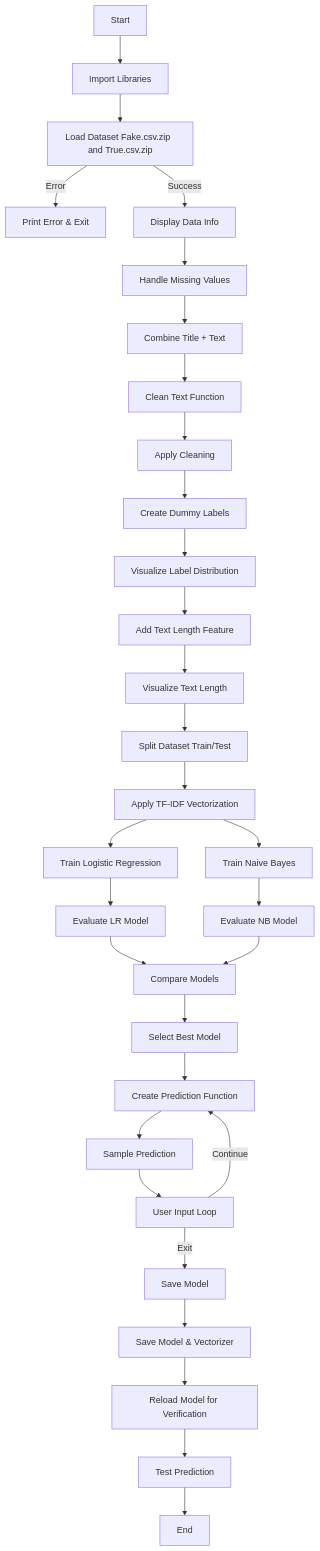
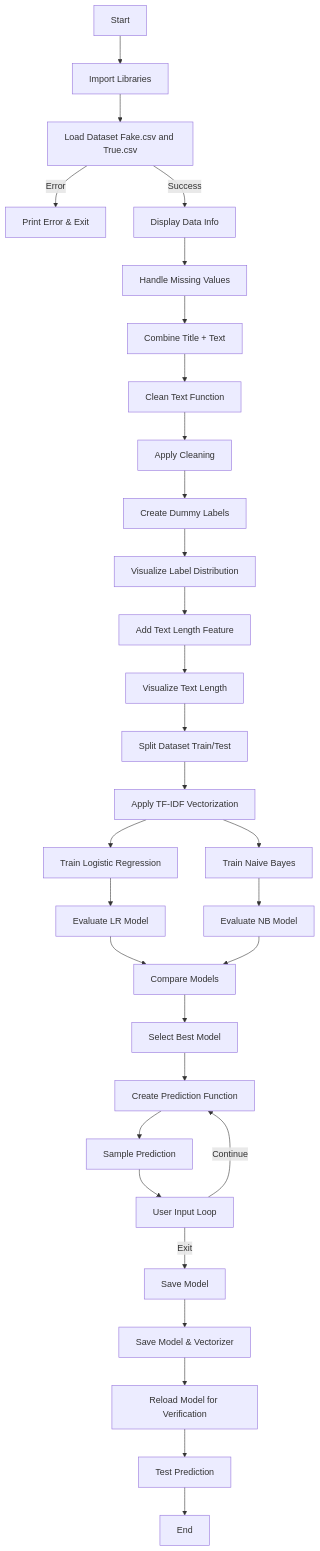
Before and after one commit to mohit25bai11342-gif/Fake-news-detection-system: the diagram in README.md, drawn with Mermaid. The commit also changed other lines of this file, not shown here.

````diff
--- a/README.md
+++ b/README.md
@@ -142,51 +142,51 @@
 ```mermaid
 flowchart TD
 
 A[Start] --> B[Import Libraries]
 
-B --> C[Load Dataset Fake.csv.zip  and True.csv.zip]
+B --> C[Load Dataset Fake.csv and True.csv]
 C -->|Error| D[Print Error & Exit]
 C -->|Success| E[Display Data Info]
 
 E --> F[Handle Missing Values]
 F --> G[Combine Title + Text]
 
 G --> H[Clean Text Function]
 H --> I[Apply Cleaning]
 
 I --> J[Create Dummy Labels]
 J --> K[Visualize Label Distribution]
 
 K --> L[Add Text Length Feature]
 L --> M[Visualize Text Length]
 
 M --> N[Split Dataset Train/Test]
 
 N --> O[Apply TF-IDF Vectorization]
 
 O --> P[Train Logistic Regression]
 P --> Q[Evaluate LR Model]
 
 O --> R[Train Naive Bayes]
 R --> S[Evaluate NB Model]
 
 Q --> T[Compare Models]
 S --> T
 
 T --> U[Select Best Model]
 
 U --> V[Create Prediction Function]
 
 V --> W[Sample Prediction]
 
 W --> X[User Input Loop]
 X -->|Exit| Y[Save Model]
 X -->|Continue| V
 
 Y --> Z[Save Model & Vectorizer]
 
 Z --> AA[Reload Model for Verification]
 AA --> AB[Test Prediction]
 
 AB --> AC[End]
 ```
````
